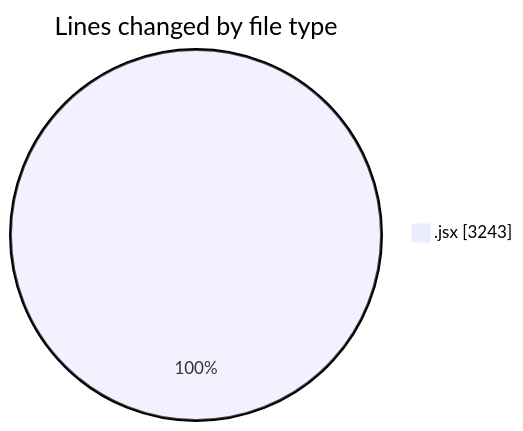
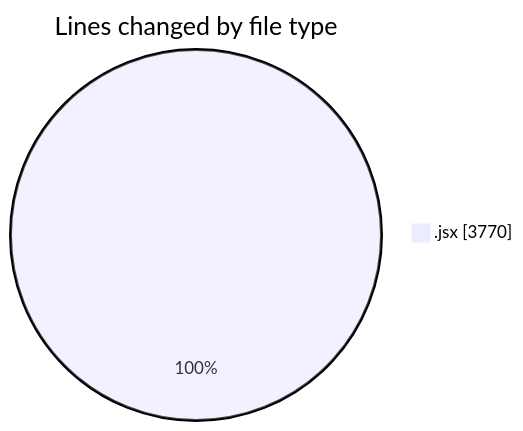
One commit to nxtqubesakshisongat/code-tracking changed the first of 2 diagrams in 2025-07-08/argos/README.md. Above: the diagram before and after it, drawn with Mermaid. The commit also changed other lines of this file and 1 other file, not shown here.

````diff
--- a/2025-07-08/argos/README.md
+++ b/2025-07-08/argos/README.md
@@ -22,5 +24,5 @@
 ```mermaid
 pie showData
 title Lines changed by file type
-".jsx" : 3243
+".jsx" : 3770
 ```
````
